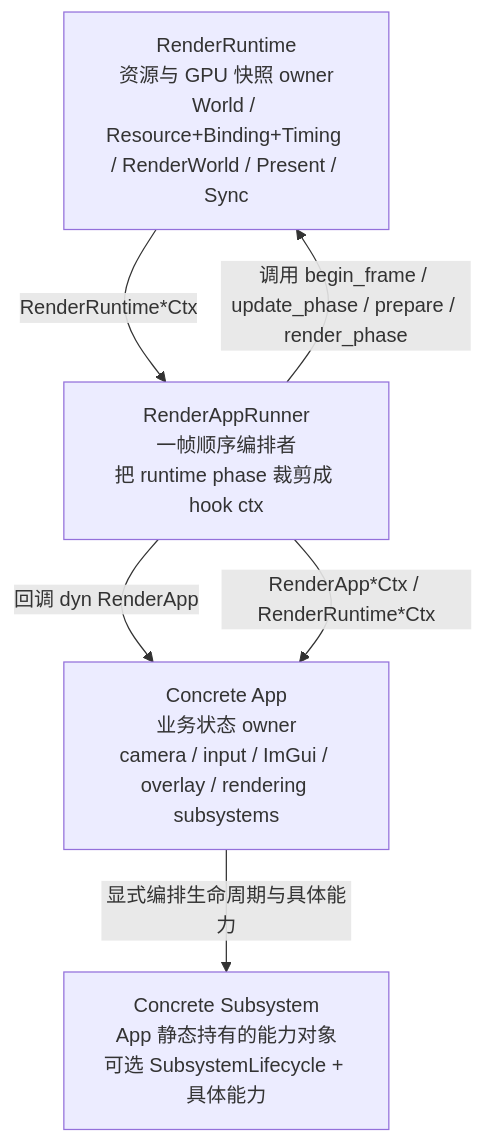
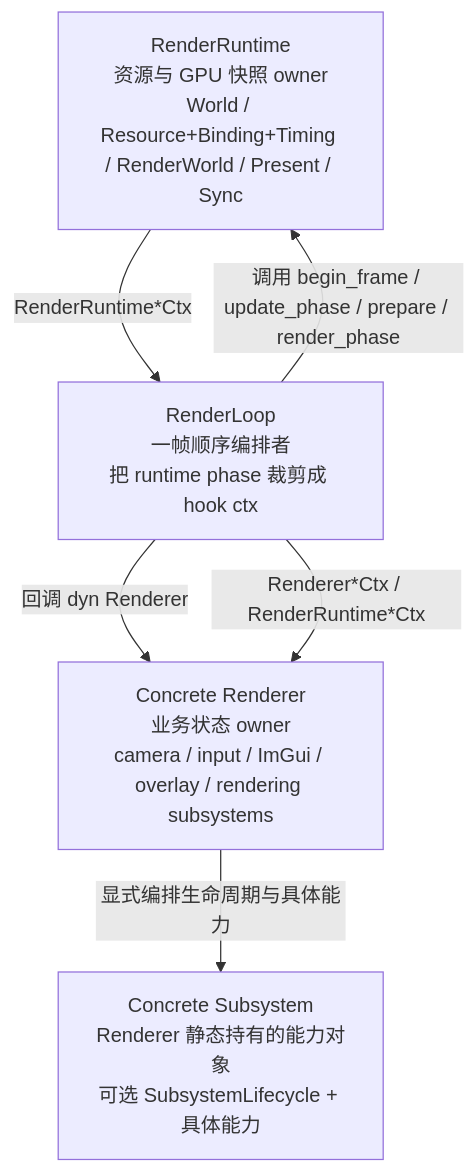
Before and after one commit to acccoco/TruvisRenderer: the first of 5 diagrams in docs/summaries/frame-lifecycle.md, drawn with Mermaid. The commit also changed other lines of this file and 102 other files, not shown here.

Commit message:
[update/refactor] 统一 Renderer 与 RenderLoop 命名

````diff
--- a/docs/summaries/frame-lifecycle.md
+++ b/docs/summaries/frame-lifecycle.md
@@ -28,12 +28,12 @@
 ```mermaid
 flowchart TB
     Runtime["RenderRuntime<br/>资源与 GPU 快照 owner<br/>World / Resource+Binding+Timing / RenderWorld / Present / Sync"]
-    Runner["RenderAppRunner<br/>一帧顺序编排者<br/>把 runtime phase 裁剪成 hook ctx"]
-    App["Concrete App<br/>业务状态 owner<br/>camera / input / ImGui / overlay / rendering subsystems"]
-    Subsystem["Concrete Subsystem<br/>App 静态持有的能力对象<br/>可选 SubsystemLifecycle + 具体能力"]
-    Runner -->|" 调用 begin_frame / update_phase / prepare / render_phase "| Runtime
-    Runner -->|" 回调 dyn RenderApp "| App
-    App -->|" 显式编排生命周期与具体能力 "| Subsystem
-    Runtime -->|" RenderRuntime*Ctx "| Runner
-    Runner -->|" RenderApp*Ctx / RenderRuntime*Ctx "| App
+    RenderLoop["RenderLoop<br/>一帧顺序编排者<br/>把 runtime phase 裁剪成 hook ctx"]
+    Renderer["Concrete Renderer<br/>业务状态 owner<br/>camera / input / ImGui / overlay / rendering subsystems"]
+    Subsystem["Concrete Subsystem<br/>Renderer 静态持有的能力对象<br/>可选 SubsystemLifecycle + 具体能力"]
+    RenderLoop -->|" 调用 begin_frame / update_phase / prepare / render_phase "| Runtime
+    RenderLoop -->|" 回调 dyn Renderer "| Renderer
+    Renderer -->|" 显式编排生命周期与具体能力 "| Subsystem
+    Runtime -->|" RenderRuntime*Ctx "| RenderLoop
+    RenderLoop -->|" Renderer*Ctx / RenderRuntime*Ctx "| Renderer
 ```
````
